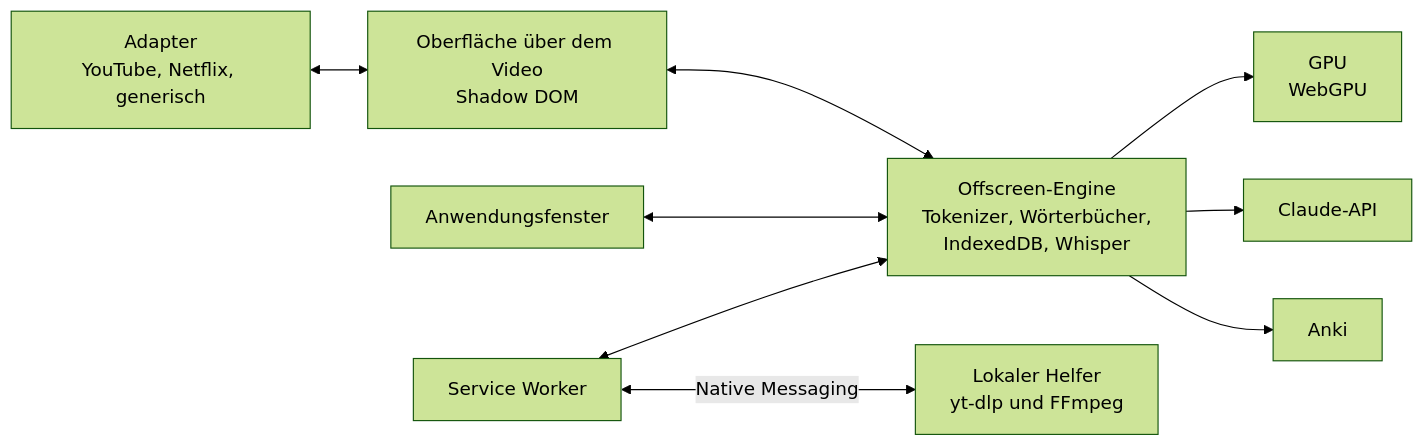
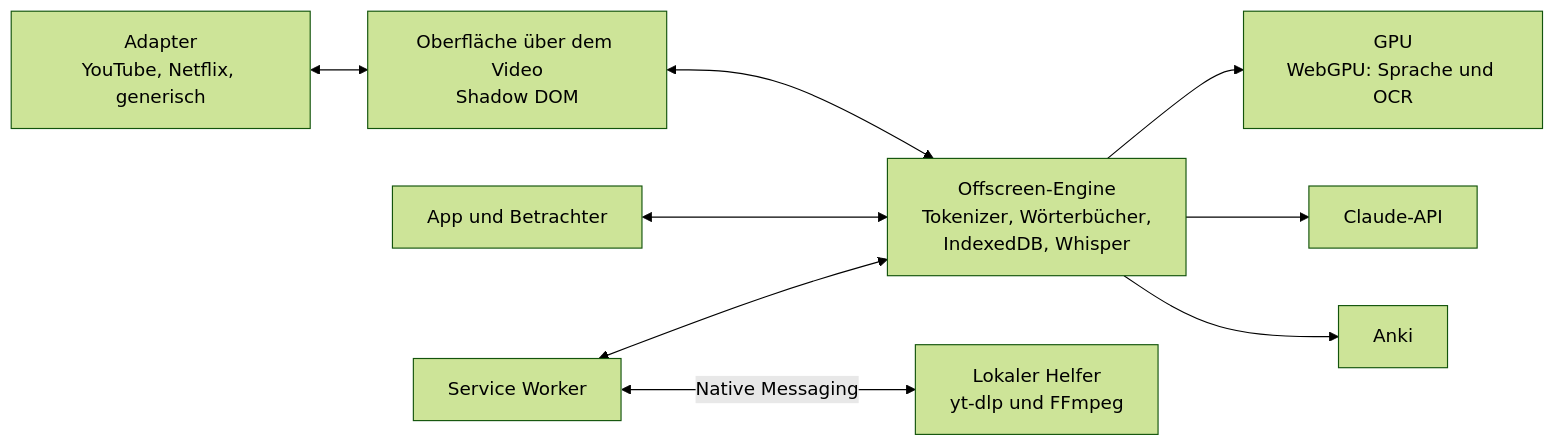
One commit to Eliam4510/kotonoha changed the second of 2 diagrams in README.de.md. Above: the diagram before and after it, drawn with Mermaid (forest theme). The commit also changed other lines of this file and 90 other files, not shown here.

````diff
--- a/README.de.md
+++ b/README.de.md
@@ -225,11 +162,11 @@
 ```mermaid
 flowchart LR
   P["Adapter<br/>YouTube, Netflix, generisch"] <--> C["Oberfläche über dem Video<br/>Shadow DOM"]
   C <--> M["Offscreen-Engine<br/>Tokenizer, Wörterbücher,<br/>IndexedDB, Whisper"]
-  A["Anwendungsfenster"] <--> M
-  M --> G["GPU<br/>WebGPU"]
+  A["App und Betrachter"] <--> M
+  M --> G["GPU<br/>WebGPU: Sprache und OCR"]
   M --> CL["Claude-API"]
   M --> AN["Anki"]
   S["Service Worker"] <--> M
   S <-->|Native Messaging| H["Lokaler Helfer<br/>yt-dlp und FFmpeg"]
 ```
````
